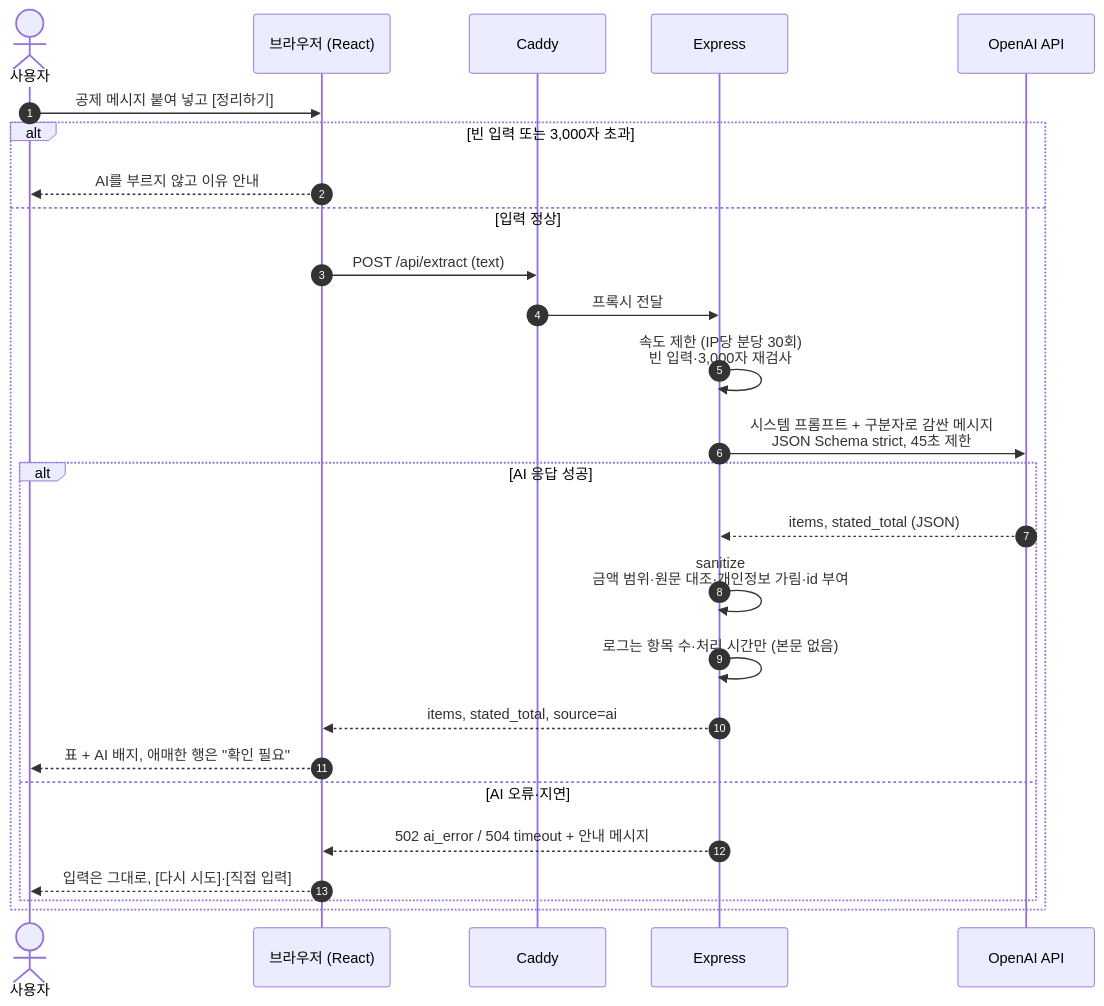
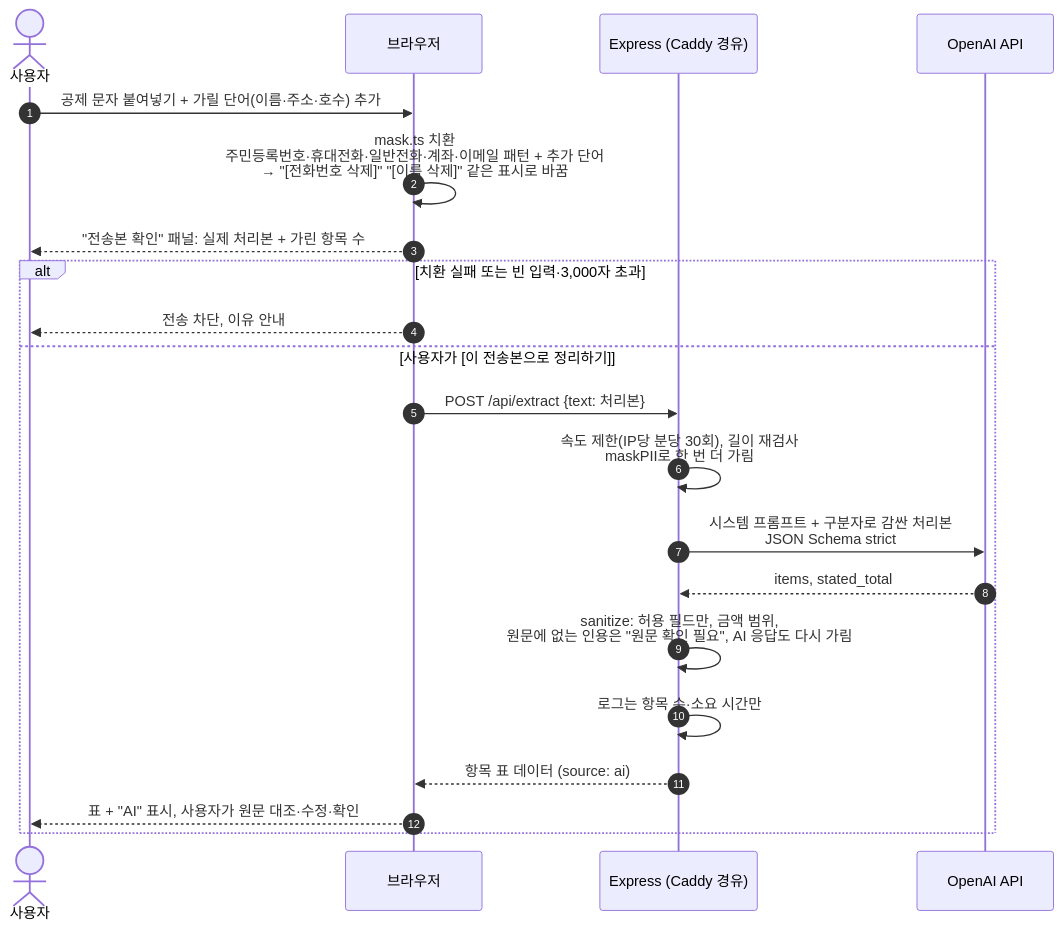
The second of 6 diagrams in docs/ARCHITECTURE.md (a1paka12/AIBuilder_Challenge), drawn with Mermaid before and after one commit. The commit also changed other lines of this file and 82 other files, not shown here.

````diff
--- a/docs/ARCHITECTURE.md
+++ b/docs/ARCHITECTURE.md
@@ -47,29 +68,24 @@
 ```mermaid
 sequenceDiagram
     autonumber
     actor U as 사용자
-    participant B as 브라우저 (React)
-    participant C as Caddy
-    participant S as Express
+    participant B as 브라우저
+    participant S as Express (Caddy 경유)
     participant O as OpenAI API
 
-    U->>B: 공제 메시지 붙여 넣고 [정리하기]
-    alt 빈 입력 또는 3,000자 초과
-        B-->>U: AI를 부르지 않고 이유 안내
-    else 입력 정상
-        B->>C: POST /api/extract (text)
-        C->>S: 프록시 전달
-        S->>S: 속도 제한 (IP당 분당 30회)<br/>빈 입력·3,000자 재검사
-        S->>O: 시스템 프롬프트 + 구분자로 감싼 메시지<br/>JSON Schema strict, 45초 제한
-        alt AI 응답 성공
-            O-->>S: items, stated_total (JSON)
-            S->>S: sanitize<br/>금액 범위·원문 대조·개인정보 가림·id 부여
-            S->>S: 로그는 항목 수·처리 시간만 (본문 없음)
-            S-->>B: items, stated_total, source=ai
-            B-->>U: 표 + AI 배지, 애매한 행은 "확인 필요"
-        else AI 오류·지연
-            S-->>B: 502 ai_error / 504 timeout + 안내 메시지
-            B-->>U: 입력은 그대로, [다시 시도]·[직접 입력]
-        end
+    U->>B: 공제 문자 붙여넣기 + 가릴 단어(이름·주소·호수) 추가
+    B->>B: mask.ts 치환<br/>주민등록번호·휴대전화·일반전화·계좌·이메일 패턴 + 추가 단어<br/>→ "[전화번호 삭제]" "[이름 삭제]" 같은 표시로 바꿈
+    B-->>U: "전송본 확인" 패널: 실제 처리본 + 가린 항목 수
+    alt 치환 실패 또는 빈 입력·3,000자 초과
+        B-->>U: 전송 차단, 이유 안내
+    else 사용자가 [이 전송본으로 정리하기]
+        B->>S: POST /api/extract {text: 처리본}
+        S->>S: 속도 제한(IP당 분당 30회), 길이 재검사<br/>maskPII로 한 번 더 가림
+        S->>O: 시스템 프롬프트 + 구분자로 감싼 처리본<br/>JSON Schema strict
+        O-->>S: items, stated_total
+        S->>S: sanitize: 허용 필드만, 금액 범위,<br/>원문에 없는 인용은 "원문 확인 필요", AI 응답도 다시 가림
+        S->>S: 로그는 항목 수·소요 시간만
+        S-->>B: 항목 표 데이터 (source: ai)
+        B-->>U: 표 + "AI" 표시, 사용자가 원문 대조·수정·확인
     end
 ```
````
